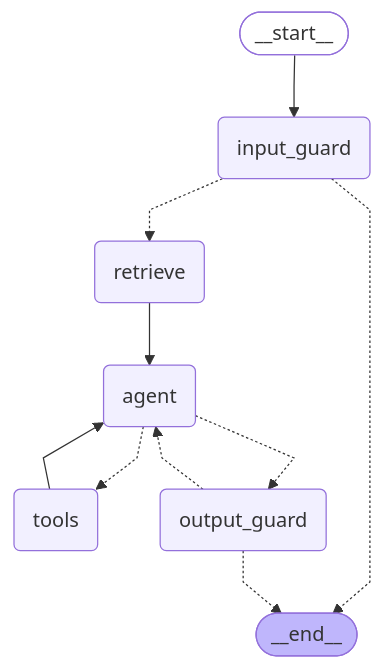
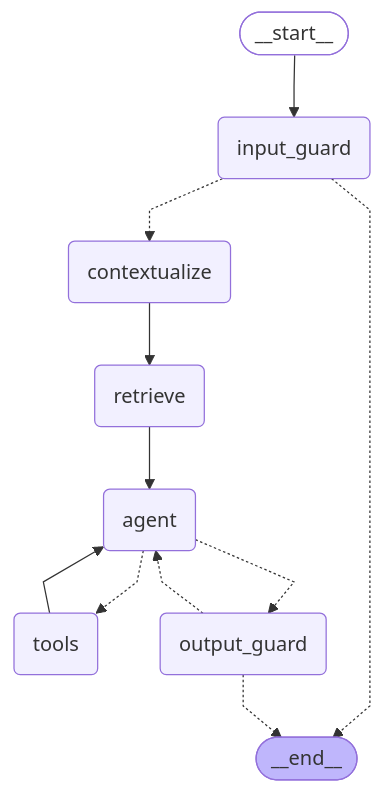
One commit to cwtucker26-pixel/enterprise-knowledge-assistant changed the diagram in docs/agent_graph.md. Above: the diagram before and after it, drawn with Mermaid. The commit also changed other lines of this file and 12 other files, not shown here.

````diff
--- a/docs/agent_graph.md
+++ b/docs/agent_graph.md
@@ -9,28 +11,30 @@
 ```mermaid
 ---
 config:
   flowchart:
     curve: linear
 ---
 graph TD;
 	__start__([<p>__start__</p>]):::first
 	input_guard(input_guard)
+	contextualize(contextualize)
 	retrieve(retrieve)
 	agent(agent)
 	tools(tools)
 	output_guard(output_guard)
 	__end__([<p>__end__</p>]):::last
 	__start__ --> input_guard;
 	agent -.-> output_guard;
 	agent -.-> tools;
+	contextualize --> retrieve;
 	input_guard -.-> __end__;
-	input_guard -.-> retrieve;
+	input_guard -.-> contextualize;
 	output_guard -.-> __end__;
 	output_guard -.-> agent;
 	retrieve --> agent;
 	tools --> agent;
 	classDef default fill:#f2f0ff,line-height:1.2
 	classDef first fill-opacity:0
 	classDef last fill:#bfb6fc
 
 ```
````
